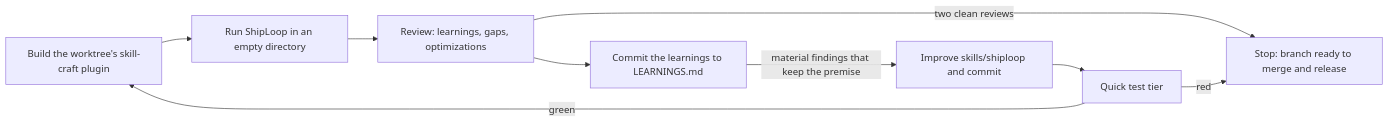
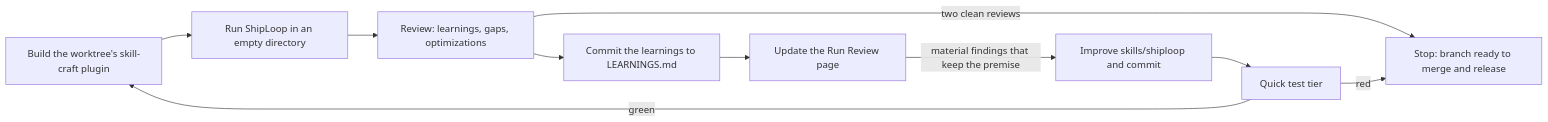
The diagram in test/shiploop_e2e/README.md (whichguy/skill-craft), drawn with Mermaid before and after one commit. The commit also changed other lines of this file and 3 other files, not shown here.

````diff
--- a/test/shiploop_e2e/README.md
+++ b/test/shiploop_e2e/README.md
@@ -10,11 +10,12 @@
 ```mermaid
 flowchart LR
     B[Build the worktree's skill-craft plugin] --> R[Run ShipLoop in an empty directory]
     R --> V[Review: learnings, gaps, optimizations]
     V --> L[Commit the learnings to LEARNINGS.md]
-    L -->|material findings that keep the premise| I[Improve skills/shiploop and commit]
+    L --> P[Update the Run Review page]
+    P -->|material findings that keep the premise| I[Improve skills/shiploop and commit]
     I --> T[Quick test tier]
     T -->|green| B
     V -->|two clean reviews| S[Stop: branch ready to merge and release]
     T -->|red| S
 ```
````
